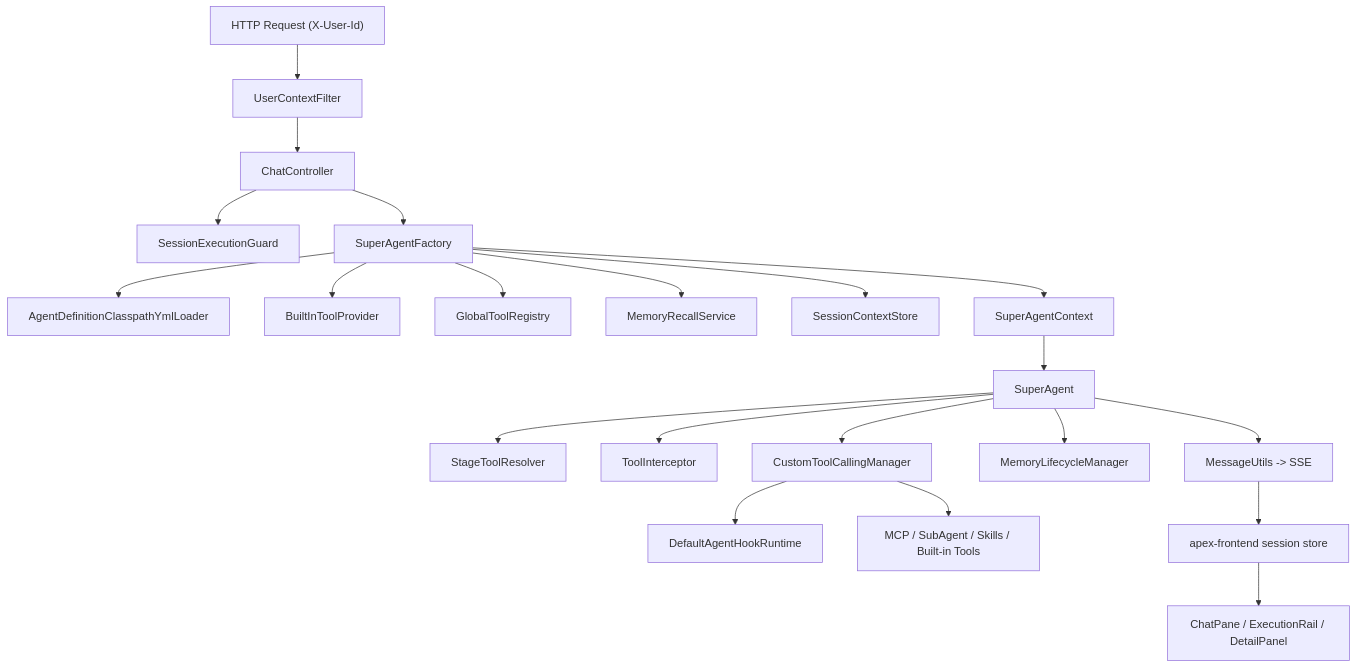
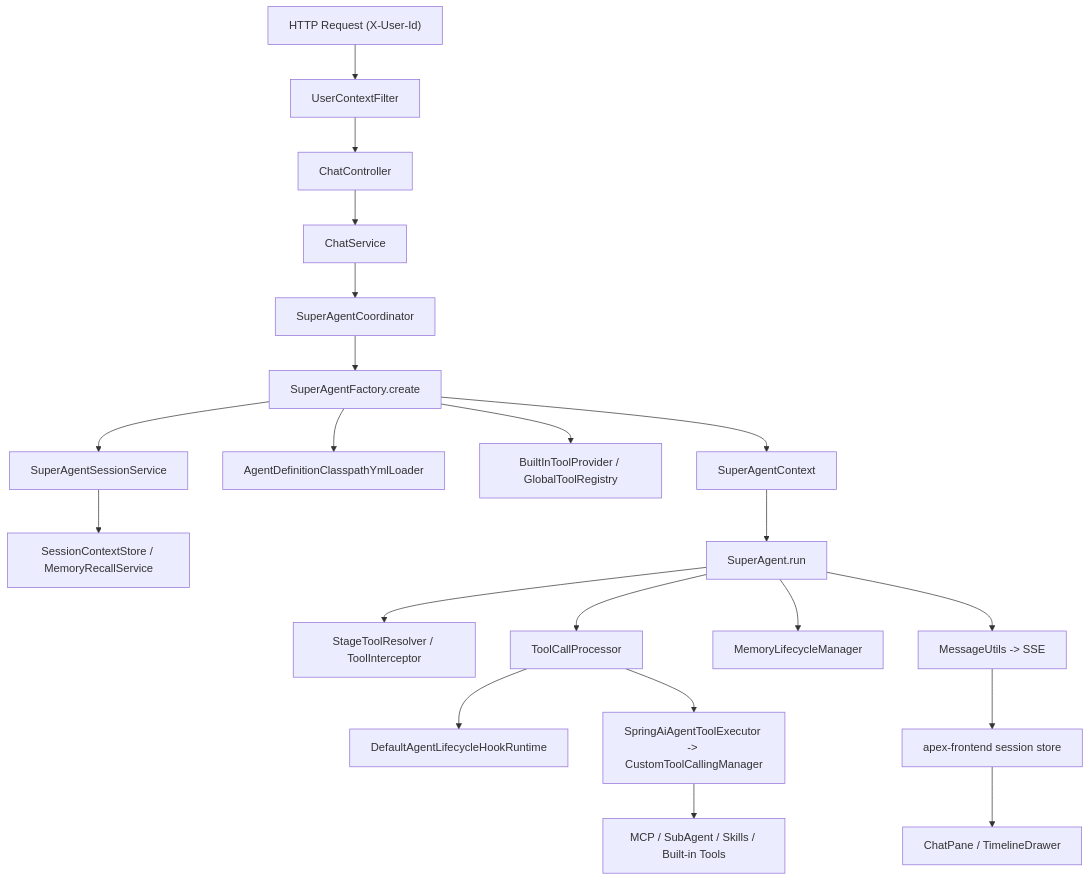
The diagram in docs/架构与执行流程.md (gemo12123/apex-agent), drawn with Mermaid before and after one commit. The commit also changed other lines of this file and 8 other files, not shown here.

````diff
--- a/docs/架构与执行流程.md
+++ b/docs/架构与执行流程.md
@@ -10,23 +10,23 @@
 ```mermaid
 flowchart TD
     A["HTTP Request (X-User-Id)"] --> B["UserContextFilter"]
     B --> C["ChatController"]
-    C --> D["SessionExecutionGuard"]
-    C --> E["SuperAgentFactory"]
-    E --> F["AgentDefinitionClasspathYmlLoader"]
-    E --> G["BuiltInToolProvider"]
-    E --> H["GlobalToolRegistry"]
-    E --> I["MemoryRecallService"]
-    E --> J["SessionContextStore"]
-    E --> K["SuperAgentContext"]
-    K --> L["SuperAgent"]
-    L --> M["StageToolResolver"]
-    L --> N["ToolInterceptor"]
-    L --> O["CustomToolCallingManager"]
-    O --> P["DefaultAgentHookRuntime"]
-    O --> Q["MCP / SubAgent / Skills / Built-in Tools"]
+    C --> D["ChatService"]
+    D --> E["SuperAgentCoordinator"]
+    E --> F["SuperAgentFactory.create"]
+    F --> G["SuperAgentSessionService"]
+    F --> H["AgentDefinitionClasspathYmlLoader"]
+    F --> I["BuiltInToolProvider / GlobalToolRegistry"]
+    G --> J["SessionContextStore / MemoryRecallService"]
+    F --> K["SuperAgentContext"]
+    K --> L["SuperAgent.run"]
+    L --> M["StageToolResolver / ToolInterceptor"]
+    L --> N["ToolCallProcessor"]
+    N --> O["DefaultAgentLifecycleHookRuntime"]
+    N --> P["SpringAiAgentToolExecutor -> CustomToolCallingManager"]
+    P --> Q["MCP / SubAgent / Skills / Built-in Tools"]
     L --> R["MemoryLifecycleManager"]
     L --> S["MessageUtils -> SSE"]
     S --> T["apex-frontend session store"]
-    T --> U["ChatPane / ExecutionRail / DetailPanel"]
+    T --> U["ChatPane / TimelineDrawer"]
 ```
````
